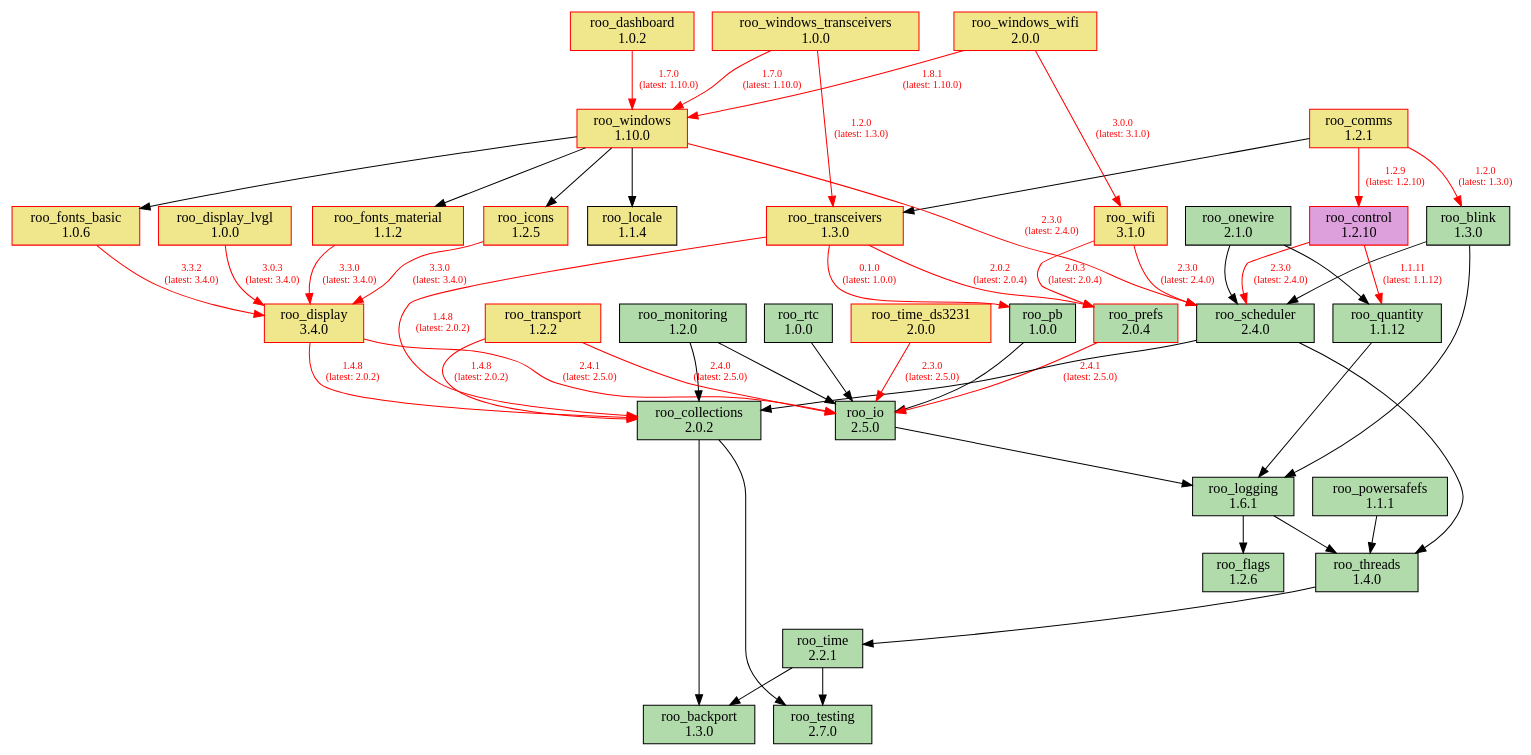
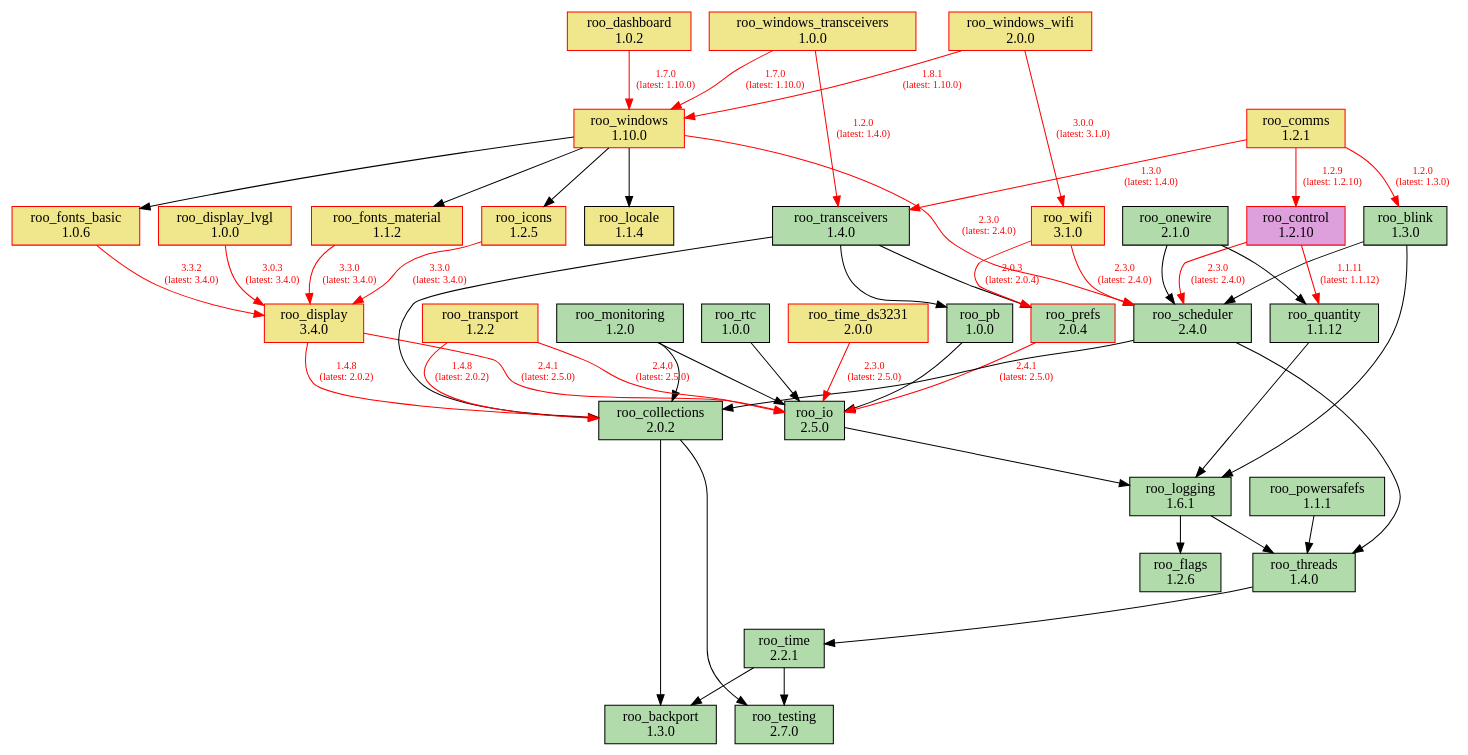
One commit to dejwk/roo-registry changed the diagram in doc/dependencies.dot. Above: the diagram before and after it, drawn with Graphviz. The commit also changed 3 other files, not shown here.

Commit message:
Added roo_transceivers 1.4.0 to the registry.

```diff
--- a/doc/dependencies.dot
+++ b/doc/dependencies.dot
@@ -1,92 +1,92 @@
 digraph dependencies {
     rankdir=TB;
     node [shape=box, style=filled];
     edge [fontsize=10];
 
     // Modules
     "roo_backport" [label="roo_backport\n1.3.0", fillcolor="#b1dbab", color="black"];
     "roo_blink" [label="roo_blink\n1.3.0", fillcolor="#b1dbab", color="black"];
     "roo_collections" [label="roo_collections\n2.0.2", fillcolor="#b1dbab", color="black"];
     "roo_comms" [label="roo_comms\n1.2.1", fillcolor="khaki", color="red"];
     "roo_control" [label="roo_control\n1.2.10", fillcolor="plum", color="red"];
     "roo_dashboard" [label="roo_dashboard\n1.0.2", fillcolor="khaki", color="red"];
     "roo_display" [label="roo_display\n3.4.0", fillcolor="khaki", color="red"];
     "roo_display_lvgl" [label="roo_display_lvgl\n1.0.0", fillcolor="khaki", color="red"];
     "roo_flags" [label="roo_flags\n1.2.6", fillcolor="#b1dbab", color="black"];
     "roo_fonts_basic" [label="roo_fonts_basic\n1.0.6", fillcolor="khaki", color="red"];
     "roo_fonts_material" [label="roo_fonts_material\n1.1.2", fillcolor="khaki", color="red"];
     "roo_icons" [label="roo_icons\n1.2.5", fillcolor="khaki", color="red"];
     "roo_io" [label="roo_io\n2.5.0", fillcolor="#b1dbab", color="black"];
     "roo_locale" [label="roo_locale\n1.1.4", fillcolor="khaki", color="black"];
     "roo_logging" [label="roo_logging\n1.6.1", fillcolor="#b1dbab", color="black"];
     "roo_monitoring" [label="roo_monitoring\n1.2.0", fillcolor="#b1dbab", color="black"];
     "roo_onewire" [label="roo_onewire\n2.1.0", fillcolor="#b1dbab", color="black"];
     "roo_pb" [label="roo_pb\n1.0.0", fillcolor="#b1dbab", color="black"];
     "roo_powersafefs" [label="roo_powersafefs\n1.1.1", fillcolor="#b1dbab", color="black"];
     "roo_prefs" [label="roo_prefs\n2.0.4", fillcolor="#b1dbab", color="red"];
     "roo_quantity" [label="roo_quantity\n1.1.12", fillcolor="#b1dbab", color="black"];
     "roo_rtc" [label="roo_rtc\n1.0.0", fillcolor="#b1dbab", color="black"];
     "roo_scheduler" [label="roo_scheduler\n2.4.0", fillcolor="#b1dbab", color="black"];
     "roo_testing" [label="roo_testing\n2.7.0", fillcolor="#b1dbab", color="black"];
     "roo_threads" [label="roo_threads\n1.4.0", fillcolor="#b1dbab", color="black"];
     "roo_time" [label="roo_time\n2.2.1", fillcolor="#b1dbab", color="black"];
     "roo_time_ds3231" [label="roo_time_ds3231\n2.0.0", fillcolor="khaki", color="red"];
-    "roo_transceivers" [label="roo_transceivers\n1.3.0", fillcolor="khaki", color="red"];
+    "roo_transceivers" [label="roo_transceivers\n1.4.0", fillcolor="#b1dbab", color="black"];
     "roo_transport" [label="roo_transport\n1.2.2", fillcolor="khaki", color="red"];
     "roo_wifi" [label="roo_wifi\n3.1.0", fillcolor="khaki", color="red"];
     "roo_windows" [label="roo_windows\n1.10.0", fillcolor="khaki", color="red"];
     "roo_windows_transceivers" [label="roo_windows_transceivers\n1.0.0", fillcolor="khaki", color="red"];
     "roo_windows_wifi" [label="roo_windows_wifi\n2.0.0", fillcolor="khaki", color="red"];
 
     // Dependencies
     "roo_blink" -> "roo_logging";
     "roo_blink" -> "roo_scheduler";
     "roo_collections" -> "roo_testing";
     "roo_collections" -> "roo_backport";
     "roo_comms" -> "roo_blink" [color=red, fontcolor=red, label="1.2.0\n(latest: 1.3.0)"];
     "roo_comms" -> "roo_control" [color=red, fontcolor=red, label="1.2.9\n(latest: 1.2.10)"];
-    "roo_comms" -> "roo_transceivers";
+    "roo_comms" -> "roo_transceivers" [color=red, fontcolor=red, label="1.3.0\n(latest: 1.4.0)"];
     "roo_control" -> "roo_quantity" [color=red, fontcolor=red, label="1.1.11\n(latest: 1.1.12)"];
     "roo_control" -> "roo_scheduler" [color=red, fontcolor=red, label="2.3.0\n(latest: 2.4.0)"];
     "roo_dashboard" -> "roo_windows" [color=red, fontcolor=red, label="1.7.0\n(latest: 1.10.0)"];
     "roo_display" -> "roo_collections" [color=red, fontcolor=red, label="1.4.8\n(latest: 2.0.2)"];
     "roo_display" -> "roo_io" [color=red, fontcolor=red, label="2.4.1\n(latest: 2.5.0)"];
     "roo_display_lvgl" -> "roo_display" [color=red, fontcolor=red, label="3.0.3\n(latest: 3.4.0)"];
     "roo_fonts_basic" -> "roo_display" [color=red, fontcolor=red, label="3.3.2\n(latest: 3.4.0)"];
     "roo_fonts_material" -> "roo_display" [color=red, fontcolor=red, label="3.3.0\n(latest: 3.4.0)"];
     "roo_icons" -> "roo_display" [color=red, fontcolor=red, label="3.3.0\n(latest: 3.4.0)"];
     "roo_io" -> "roo_logging";
     "roo_logging" -> "roo_flags";
     "roo_logging" -> "roo_threads";
     "roo_monitoring" -> "roo_collections";
     "roo_monitoring" -> "roo_io";
     "roo_onewire" -> "roo_scheduler";
     "roo_onewire" -> "roo_quantity";
     "roo_pb" -> "roo_io";
     "roo_powersafefs" -> "roo_threads";
     "roo_prefs" -> "roo_io" [color=red, fontcolor=red, label="2.4.1\n(latest: 2.5.0)"];
     "roo_quantity" -> "roo_logging";
     "roo_rtc" -> "roo_io";
     "roo_scheduler" -> "roo_collections";
     "roo_scheduler" -> "roo_threads";
     "roo_threads" -> "roo_time";
     "roo_time" -> "roo_testing";
     "roo_time" -> "roo_backport";
     "roo_time_ds3231" -> "roo_io" [color=red, fontcolor=red, label="2.3.0\n(latest: 2.5.0)"];
-    "roo_transceivers" -> "roo_pb" [color=red, fontcolor=red, label="0.1.0\n(latest: 1.0.0)"];
-    "roo_transceivers" -> "roo_collections" [color=red, fontcolor=red, label="1.4.8\n(latest: 2.0.2)"];
-    "roo_transceivers" -> "roo_prefs" [color=red, fontcolor=red, label="2.0.2\n(latest: 2.0.4)"];
+    "roo_transceivers" -> "roo_pb";
+    "roo_transceivers" -> "roo_collections";
+    "roo_transceivers" -> "roo_prefs";
     "roo_transport" -> "roo_collections" [color=red, fontcolor=red, label="1.4.8\n(latest: 2.0.2)"];
     "roo_transport" -> "roo_io" [color=red, fontcolor=red, label="2.4.0\n(latest: 2.5.0)"];
     "roo_wifi" -> "roo_prefs" [color=red, fontcolor=red, label="2.0.3\n(latest: 2.0.4)"];
     "roo_wifi" -> "roo_scheduler" [color=red, fontcolor=red, label="2.3.0\n(latest: 2.4.0)"];
     "roo_windows" -> "roo_fonts_basic";
     "roo_windows" -> "roo_fonts_material";
     "roo_windows" -> "roo_locale";
     "roo_windows" -> "roo_icons";
     "roo_windows" -> "roo_scheduler" [color=red, fontcolor=red, label="2.3.0\n(latest: 2.4.0)"];
-    "roo_windows_transceivers" -> "roo_transceivers" [color=red, fontcolor=red, label="1.2.0\n(latest: 1.3.0)"];
+    "roo_windows_transceivers" -> "roo_transceivers" [color=red, fontcolor=red, label="1.2.0\n(latest: 1.4.0)"];
     "roo_windows_transceivers" -> "roo_windows" [color=red, fontcolor=red, label="1.7.0\n(latest: 1.10.0)"];
     "roo_windows_wifi" -> "roo_wifi" [color=red, fontcolor=red, label="3.0.0\n(latest: 3.1.0)"];
     "roo_windows_wifi" -> "roo_windows" [color=red, fontcolor=red, label="1.8.1\n(latest: 1.10.0)"];
 }
```
